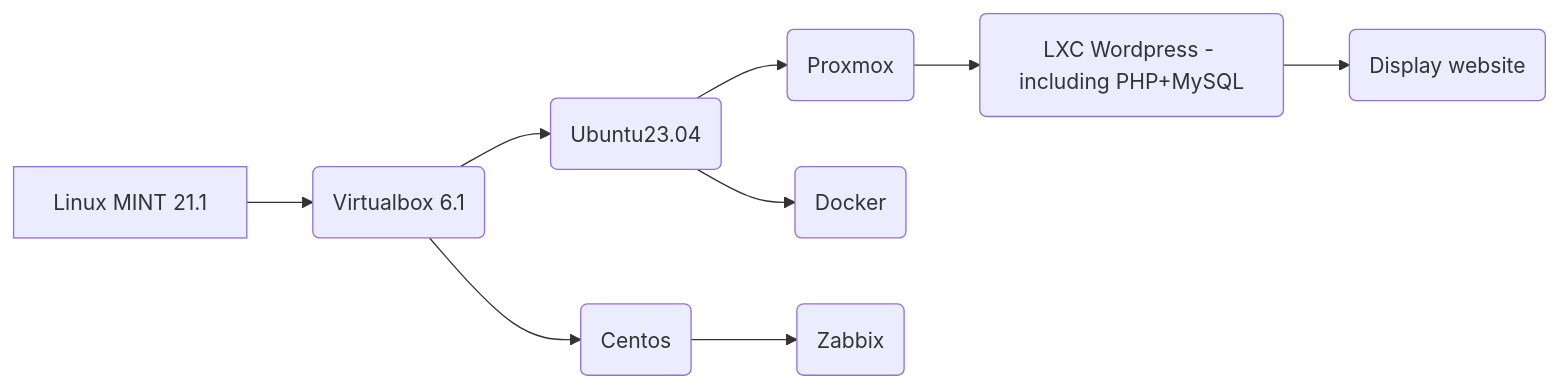
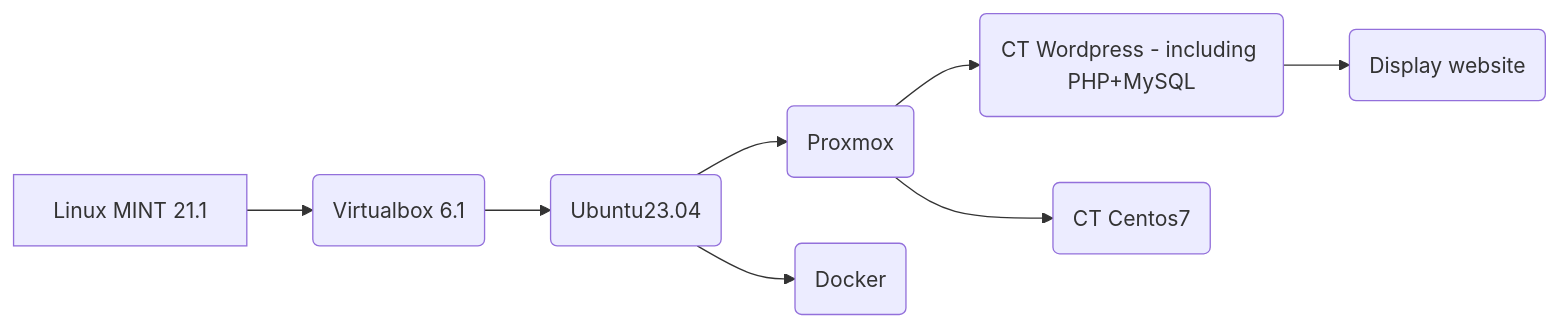
The diagram in Project.md (DanyAAD90/DevOps_junior_Wordpress), drawn with Mermaid before and after one commit.

````diff
--- a/Project.md
+++ b/Project.md
@@ -3,11 +3,10 @@
 ```mermaid
 graph LR
 A[Linux MINT 21.1] --> B(Virtualbox 6.1)
 B --> C(Ubuntu23.04)
 C --> D(Proxmox)
-D --> E(LXC Wordpress - including PHP+MySQL)
+D --> E(CT Wordpress - including PHP+MySQL)
 E --> G(Display website)
 C --> F(Docker)
-B --> H(Centos)
-H --> I(Zabbix)
+D --> H(CT Centos7)
 ```
````
